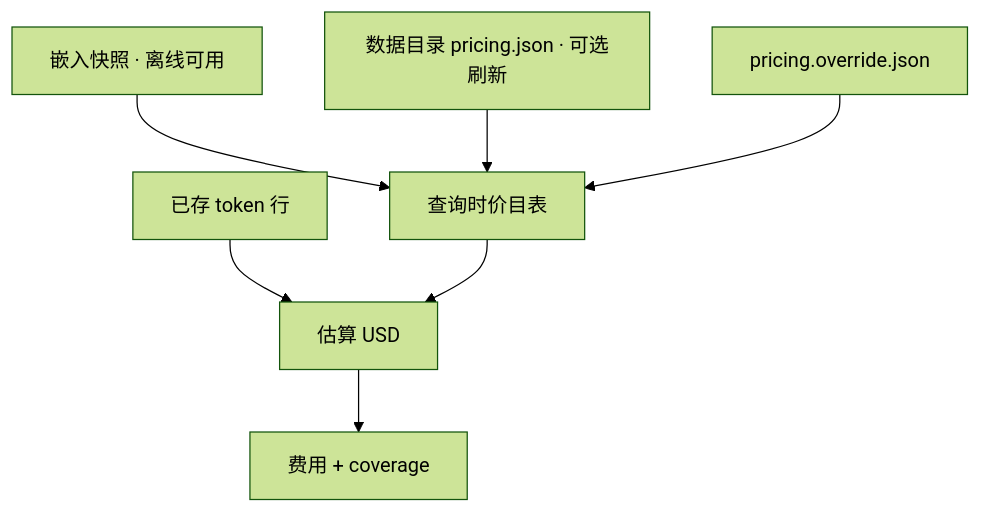
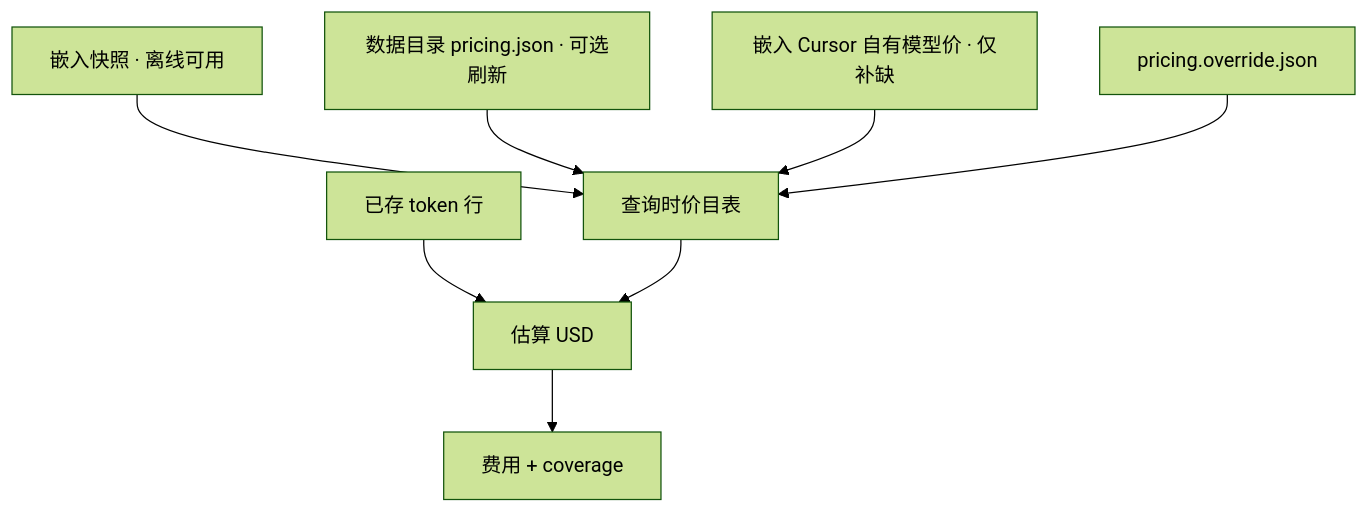
Before and after one commit to Huanfiy/ai-usage: the fourth of 5 diagrams in docs/design/architecture.md, drawn with Mermaid (forest theme). The commit also changed other lines of this file and 4 other files, not shown here.

````diff
--- a/docs/design/architecture.md
+++ b/docs/design/architecture.md
@@ -126,9 +126,10 @@
 ```mermaid
 flowchart TB
   snap[嵌入快照 · 离线可用] --> merge[查询时价目表]
   cache[数据目录 pricing.json · 可选刷新] --> merge
+  cursor[嵌入 Cursor 自有模型价 · 仅补缺] --> merge
   over[pricing.override.json] --> merge
   tokens[已存 token 行] --> cost[估算 USD]
   merge --> cost
   cost --> out[费用 + coverage]
 ```
````
